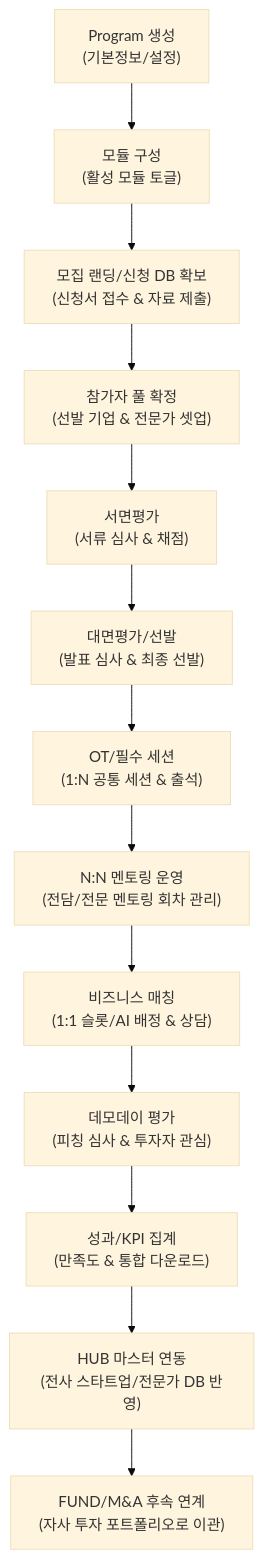
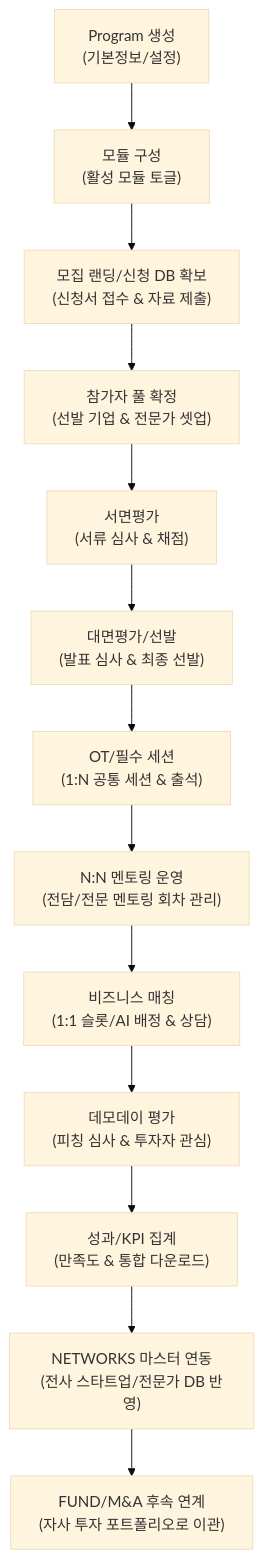
One commit to ynarcher-dev/ynarcher_works changed the second of 2 diagrams in docs/docs_planning/3_4_workspace_ac.md. Above: the diagram before and after it, drawn with Mermaid (base theme). The commit also changed other lines of this file and 12 other files, not shown here.

````diff
--- a/docs/docs_planning/3_4_workspace_ac.md
+++ b/docs/docs_planning/3_4_workspace_ac.md
@@ -84,15 +84,15 @@
 ```mermaid
 flowchart TD
     A["Program 생성<br>(기본정보/설정)"] --> B["모듈 구성<br>(활성 모듈 토글)"]
     B --> C["모집 랜딩/신청 DB 확보<br>(신청서 접수 & 자료 제출)"]
     C --> D["참가자 풀 확정<br>(선발 기업 & 전문가 셋업)"]
     D --> E["서면평가<br>(서류 심사 & 채점)"]
     E --> F["대면평가/선발<br>(발표 심사 & 최종 선발)"]
     F --> G["OT/필수 세션<br>(1:N 공통 세션 & 출석)"]
     G --> H["N:N 멘토링 운영<br>(전담/전문 멘토링 회차 관리)"]
     H --> I["비즈니스 매칭<br>(1:1 슬롯/AI 배정 & 상담)"]
     I --> J["데모데이 평가<br>(피칭 심사 & 투자자 관심)"]
     J --> K["성과/KPI 집계<br>(만족도 & 통합 다운로드)"]
-    K --> L["HUB 마스터 연동<br>(전사 스타트업/전문가 DB 반영)"]
+    K --> L["NETWORKS 마스터 연동<br>(전사 스타트업/전문가 DB 반영)"]
     L --> M["FUND/M&A 후속 연계<br>(자사 투자 포트폴리오로 이관)"]
 ```
````
